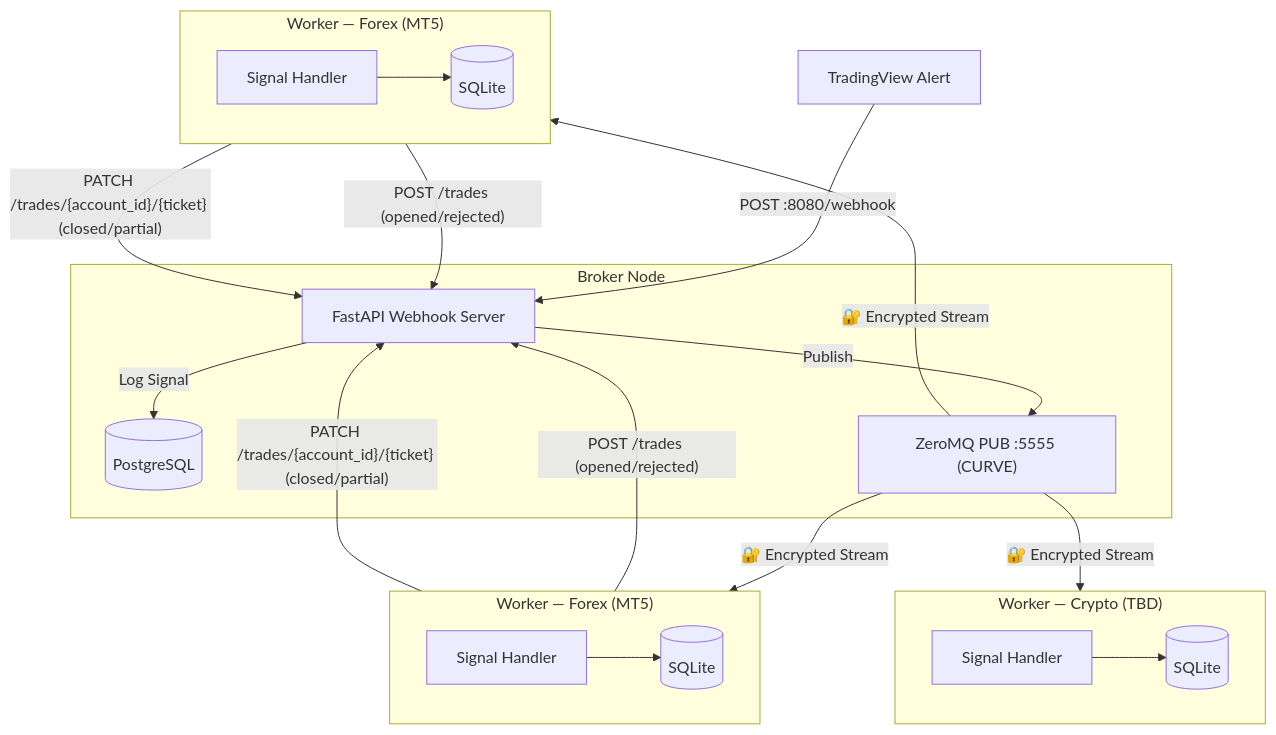
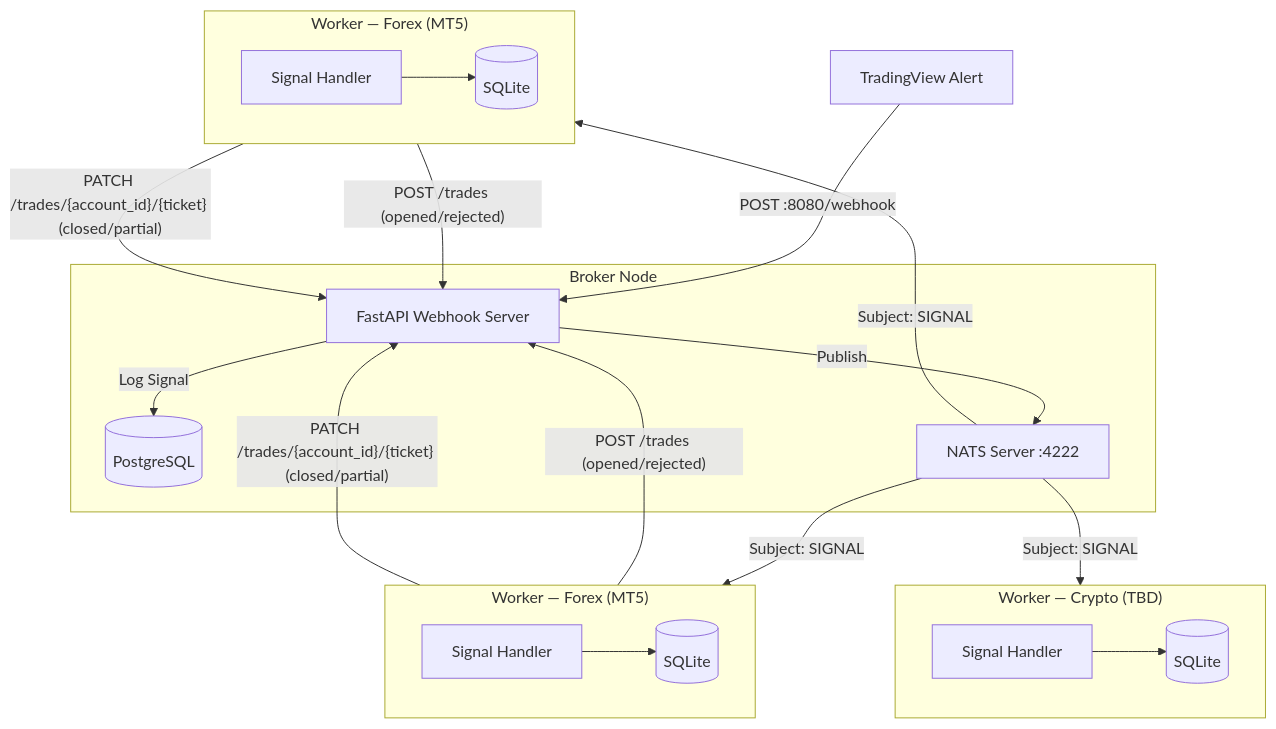
The diagram in README.md (rockingrow/algo-trading-worker), drawn with Mermaid before and after one commit. The commit also changed other lines of this file and 13 other files, not shown here.

Commit message:
Replace ZMQ by NATs

````diff
--- a/README.md
+++ b/README.md
@@ -7,27 +7,27 @@
 ```mermaid
 graph TD
     TV[TradingView Alert] -- "POST :8080/webhook" --> Broker
     subgraph "Broker Node"
         Broker[FastAPI Webhook Server]
         DB[(PostgreSQL)]
-        ZMQ["ZeroMQ PUB :5555 (CURVE)"]
+        NATS["NATS Server :4222"]
         Broker -- "Log Signal" --> DB
-        Broker -- "Publish" --> ZMQ
+        Broker -- "Publish" --> NATS
     end
-    ZMQ -- "🔐 Encrypted Stream" --> W1
-    ZMQ -- "🔐 Encrypted Stream" --> W2
-    ZMQ -- "🔐 Encrypted Stream" --> WN
+    NATS -- "Subject: SIGNAL" --> W1
+    NATS -- "Subject: SIGNAL" --> W2
+    NATS -- "Subject: SIGNAL" --> WN
     subgraph W1["Worker — Forex (MT5)"]
         W1A[Signal Handler] --> W1B[(SQLite)]
     end
     subgraph W2["Worker — Forex (MT5)"]
         W2A[Signal Handler] --> W2B[(SQLite)]
     end
     subgraph WN["Worker — Crypto (TBD)"]
         WNA[Signal Handler] --> WNB[(SQLite)]
     end
     W1 -- "POST /trades (opened/rejected)" --> Broker
     W1 -- "PATCH /trades/{account_id}/{ticket} (closed/partial)" --> Broker
     W2 -- "POST /trades (opened/rejected)" --> Broker
     W2 -- "PATCH /trades/{account_id}/{ticket} (closed/partial)" --> Broker
 ```
````
